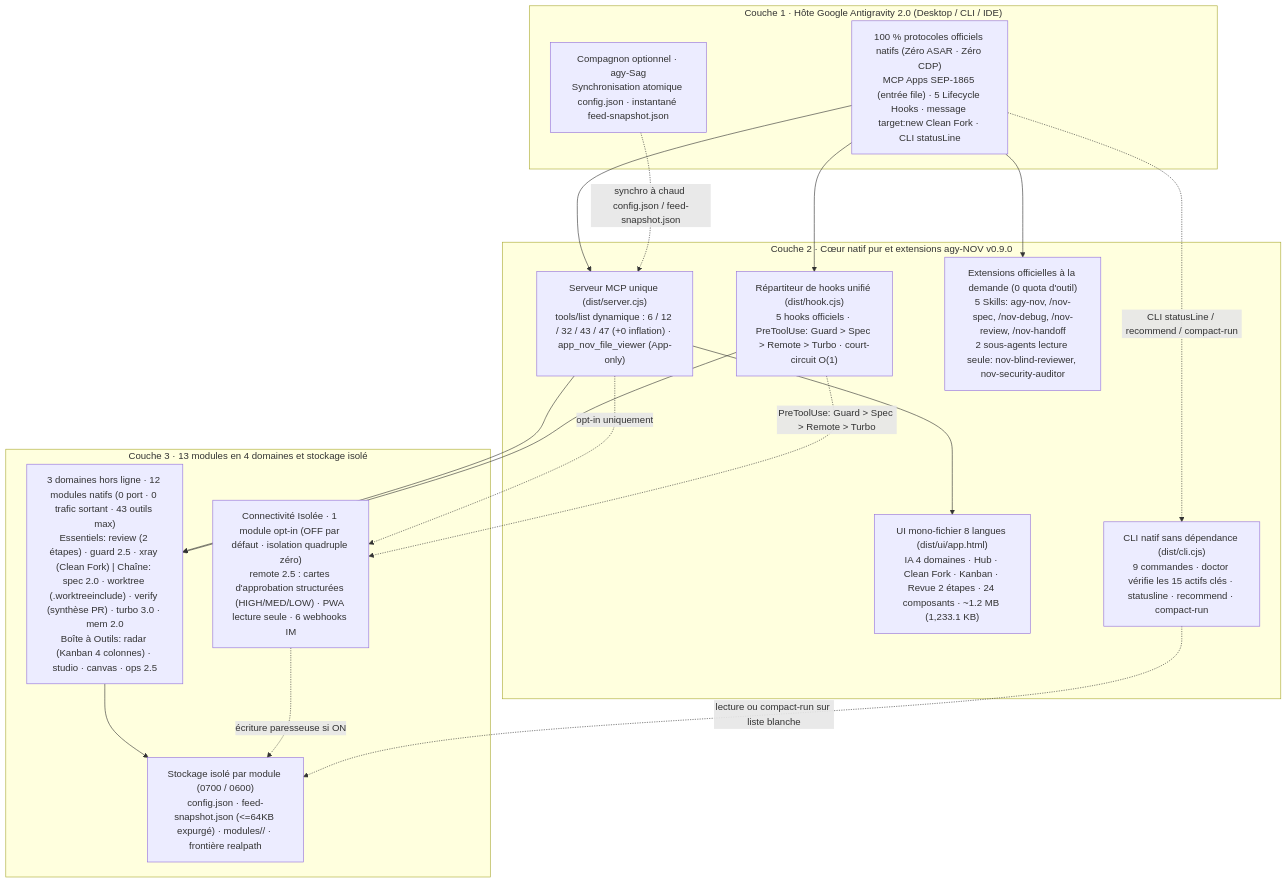
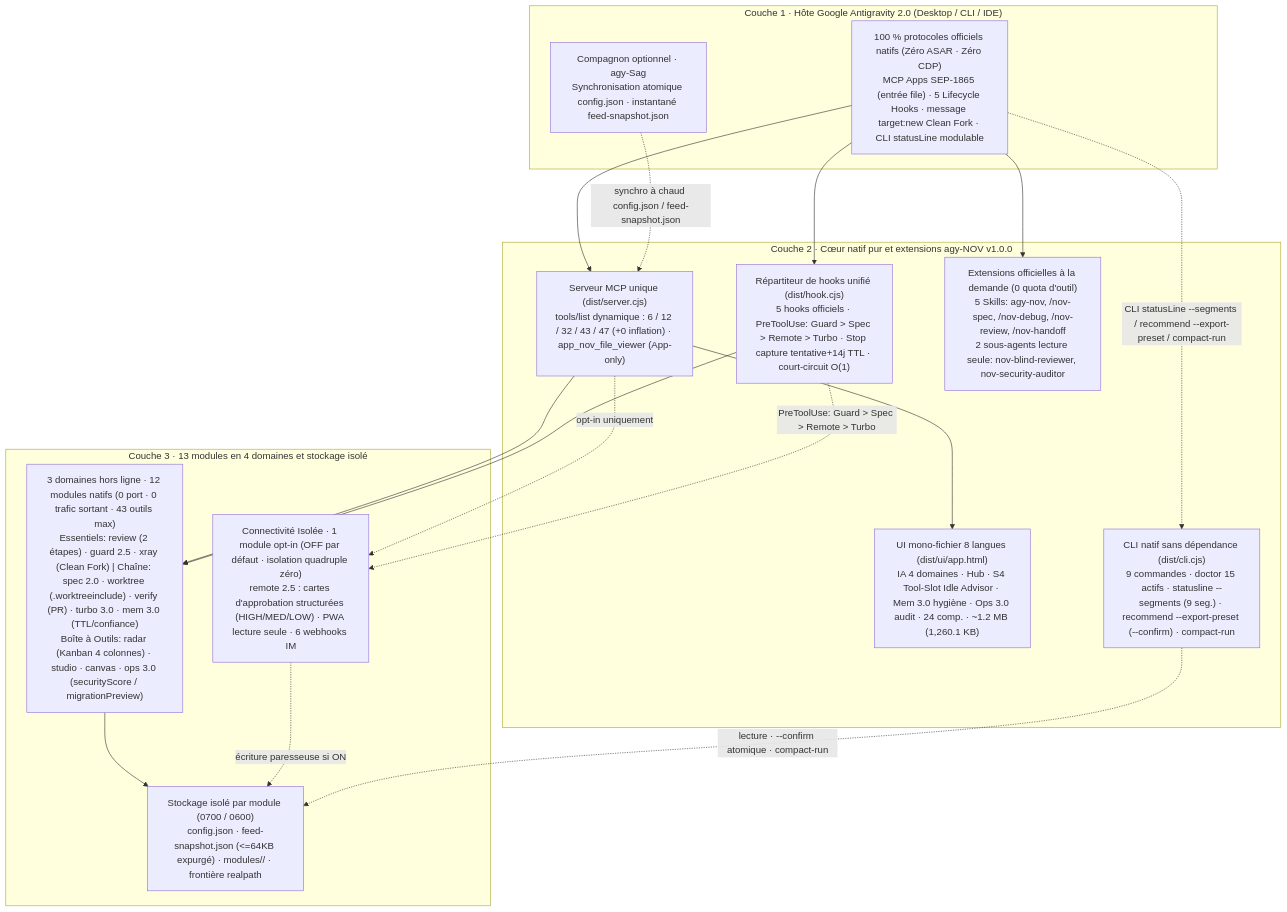
Before and after one commit to tone-leh/agy-NOV: the diagram in docs/i18n/README.fr.md, drawn with Mermaid. The commit also changed other lines of this file and 42 other files, not shown here.

Commit message:
release: v1.0.0 — Ops 3.0 static security audit & cross-client dedup preview, Mem 3.0 confidence/TTL hygiene, customizable 9-segment CLI statusLine & --export-preset scaffold

````diff
--- a/docs/i18n/README.fr.md
+++ b/docs/i18n/README.fr.md
@@ -233,35 +237,35 @@
 ```mermaid
 flowchart TB
   subgraph L1["Couche 1 · Hôte Google Antigravity 2.0 (Desktop / CLI / IDE)"]
-    Host["100 % protocoles officiels natifs (Zéro ASAR · Zéro CDP)\nMCP Apps SEP-1865 (entrée file) · 5 Lifecycle Hooks · message target:new Clean Fork · CLI statusLine"]
+    Host["100 % protocoles officiels natifs (Zéro ASAR · Zéro CDP)\nMCP Apps SEP-1865 (entrée file) · 5 Lifecycle Hooks · message target:new Clean Fork · CLI statusLine modulable"]
     Sag["Compagnon optionnel · agy-Sag\nSynchronisation atomique config.json · instantané feed-snapshot.json"]
   end
 
-  subgraph L2["Couche 2 · Cœur natif pur et extensions agy-NOV v0.9.0"]
+  subgraph L2["Couche 2 · Cœur natif pur et extensions agy-NOV v1.0.0"]
     MCP["Serveur MCP unique (dist/server.cjs)\ntools/list dynamique : 6 / 12 / 32 / 43 / 47 (+0 inflation) · app_nov_file_viewer (App-only)"]
-    Hook["Répartiteur de hooks unifié (dist/hook.cjs)\n5 hooks officiels · PreToolUse: Guard > Spec > Remote > Turbo · court-circuit O(1)"]
-    UI["UI mono-fichier 8 langues (dist/ui/app.html)\nIA 4 domaines · Hub · Clean Fork · Kanban · Revue 2 étapes · 24 composants · ~1.2 MB (1,233.1 KB)"]
+    Hook["Répartiteur de hooks unifié (dist/hook.cjs)\n5 hooks officiels · PreToolUse: Guard > Spec > Remote > Turbo · Stop capture tentative+14j TTL · court-circuit O(1)"]
+    UI["UI mono-fichier 8 langues (dist/ui/app.html)\nIA 4 domaines · Hub · S4 Tool-Slot Idle Advisor · Mem 3.0 hygiène · Ops 3.0 audit · 24 comp. · ~1.2 MB (1,260.1 KB)"]
     Ext["Extensions officielles à la demande (0 quota d'outil)\n5 Skills: agy-nov, /nov-spec, /nov-debug, /nov-review, /nov-handoff\n2 sous-agents lecture seule: nov-blind-reviewer, nov-security-auditor"]
-    CLI["CLI natif sans dépendance (dist/cli.cjs)\n9 commandes · doctor vérifie les 15 actifs clés · statusline · recommend · compact-run"]
+    CLI["CLI natif sans dépendance (dist/cli.cjs)\n9 commandes · doctor 15 actifs · statusline --segments (9 seg.) · recommend --export-preset (--confirm) · compact-run"]
   end
 
   subgraph L3["Couche 3 · 13 modules en 4 domaines et stockage isolé"]
-    T1["3 domaines hors ligne · 12 modules natifs (0 port · 0 trafic sortant · 43 outils max)\nEssentiels: review (2 étapes) · guard 2.5 · xray (Clean Fork) | Chaîne: spec 2.0 · worktree (.worktreeinclude) · verify (synthèse PR) · turbo 3.0 · mem 2.0\nBoîte à Outils: radar (Kanban 4 colonnes) · studio · canvas · ops 2.5"]
+    T1["3 domaines hors ligne · 12 modules natifs (0 port · 0 trafic sortant · 43 outils max)\nEssentiels: review (2 étapes) · guard 2.5 · xray (Clean Fork) | Chaîne: spec 2.0 · worktree (.worktreeinclude) · verify (PR) · turbo 3.0 · mem 3.0 (TTL/confiance)\nBoîte à Outils: radar (Kanban 4 colonnes) · studio · canvas · ops 3.0 (securityScore / migrationPreview)"]
     T2R["Connectivité Isolée · 1 module opt-in (OFF par défaut · isolation quadruple zéro)\nremote 2.5 : cartes d'approbation structurées (HIGH/MED/LOW) · PWA lecture seule · 6 webhooks IM"]
     Store["Stockage isolé par module (0700 / 0600)\nconfig.json · feed-snapshot.json (<=64KB expurgé) · modules/<id>/ · frontière realpath"]
   end
 
   Host --> MCP
   Host --> Hook
   Host --> Ext
-  Host -. "CLI statusLine / recommend / compact-run" .-> CLI
+  Host -. "CLI statusLine --segments / recommend --export-preset / compact-run" .-> CLI
   Sag -. "synchro à chaud config.json / feed-snapshot.json" .-> MCP
   MCP --> UI
   MCP --> T1
   MCP -. "opt-in uniquement" .-> T2R
   Hook --> T1
   Hook -. "PreToolUse: Guard > Spec > Remote > Turbo" .-> T2R
   T1 --> Store
   T2R -. "écriture paresseuse si ON" .-> Store
-  CLI -. "lecture ou compact-run sur liste blanche" .-> Store
+  CLI -. "lecture · --confirm atomique · compact-run" .-> Store
 ```
````
